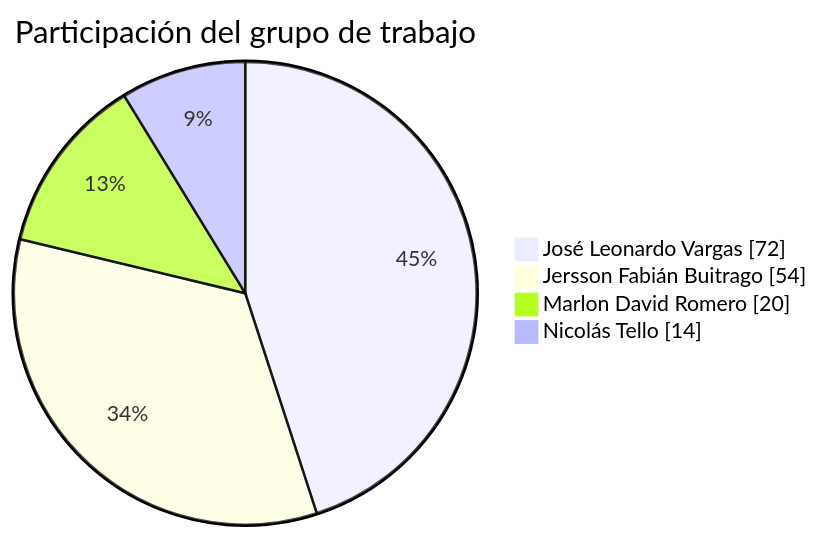
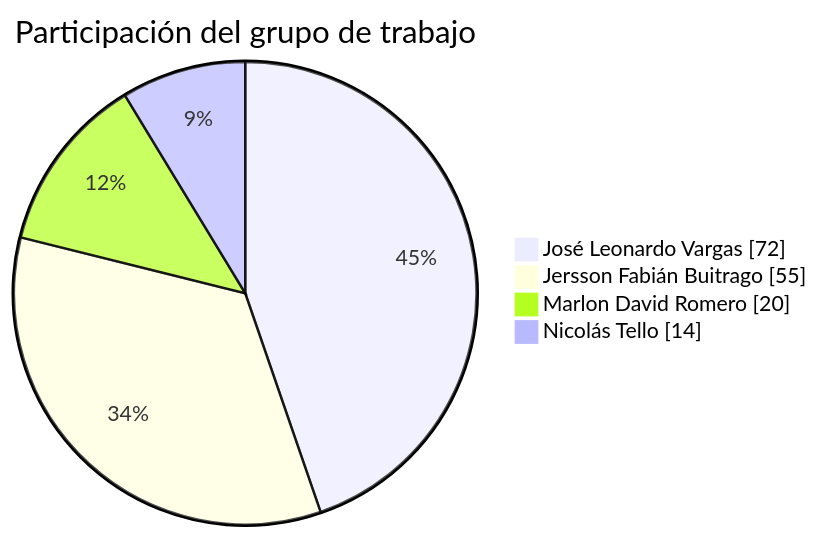
The first of 2 diagrams in README.md (FarmaExpres/FarmaExpres), drawn with Mermaid before and after one commit. The commit also changed other lines of this file and 1 other file, not shown here.

````diff
--- a/README.md
+++ b/README.md
@@ -312,8 +312,8 @@
 ```mermaid
 pie showData
     title Participación del grupo de trabajo
     "José Leonardo Vargas" : 72
-    "Jersson Fabián Buitrago" : 54
+    "Jersson Fabián Buitrago" : 55
     "Marlon David Romero" : 20
     "Nicolás Tello" : 14
 ```
````
